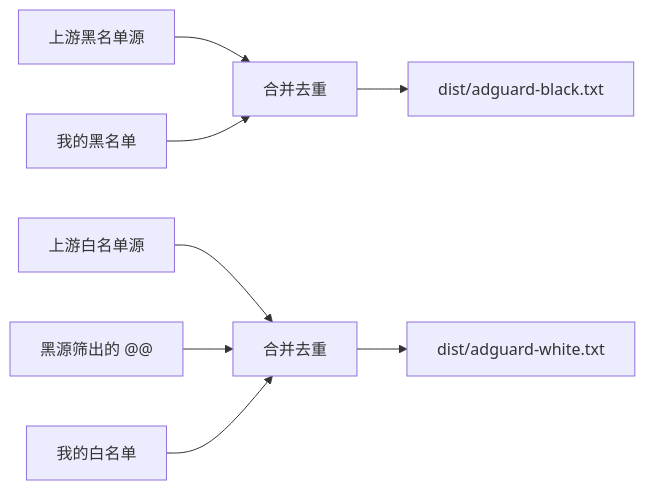
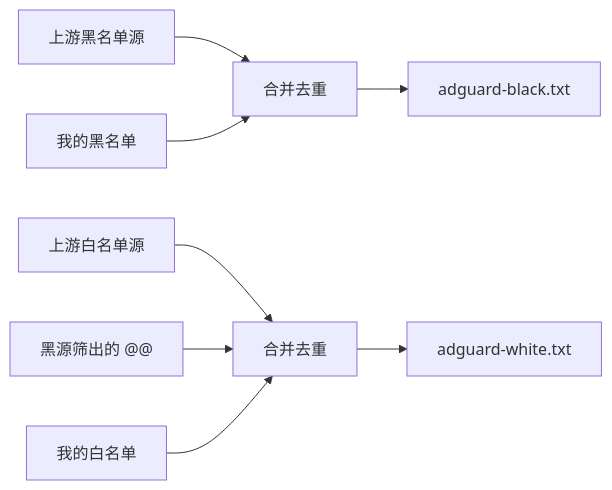
One commit to Ethereal-09/rules-hub changed the diagram in README.md. Above: the diagram before and after it, drawn with Mermaid. The commit also changed other lines of this file, not shown here.

````diff
--- a/README.md
+++ b/README.md
@@ -57,11 +57,11 @@
 ```mermaid
 graph LR
     A[上游黑名单源] --> B[合并去重]
     C[我的黑名单] --> B
-    B --> D[dist/adguard-black.txt]
+    B --> D[adguard-black.txt]
 
     E[上游白名单源] --> F[合并去重]
     G[黑源筛出的 @@] --> F
     H[我的白名单] --> F
-    F --> I[dist/adguard-white.txt]
+    F --> I[adguard-white.txt]
 ```
````
